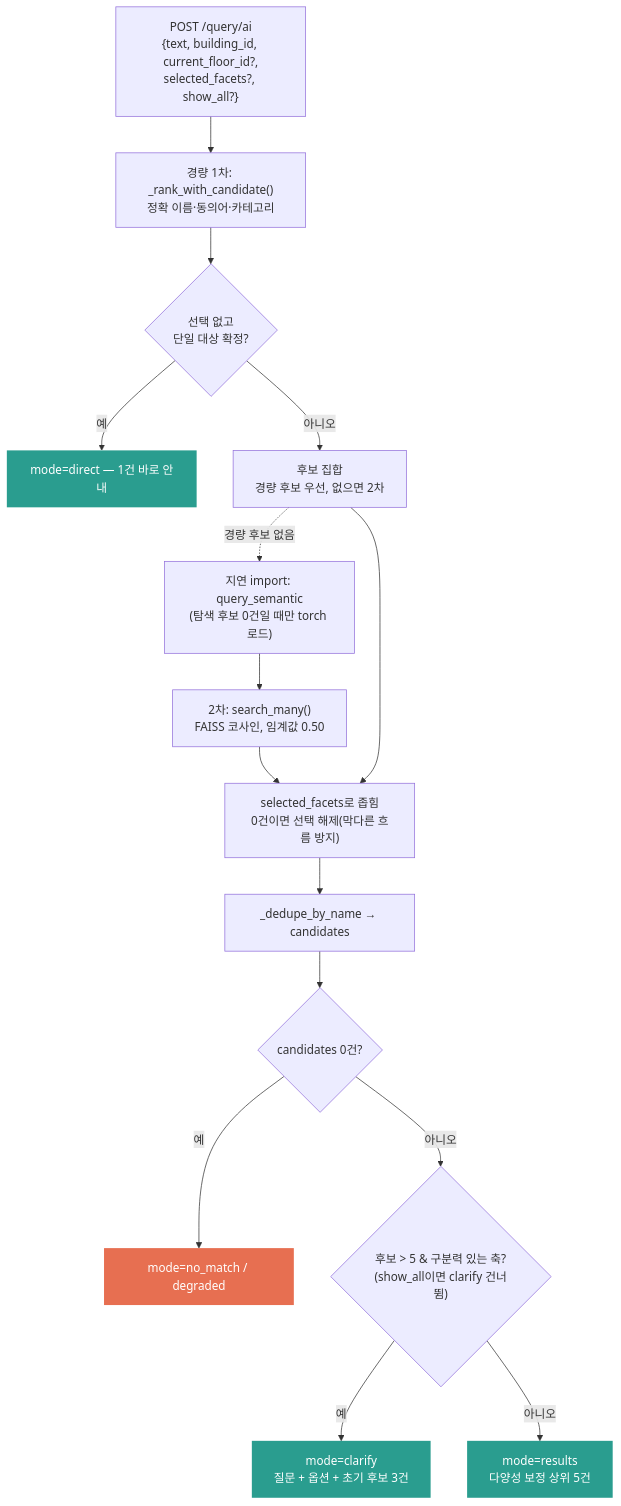
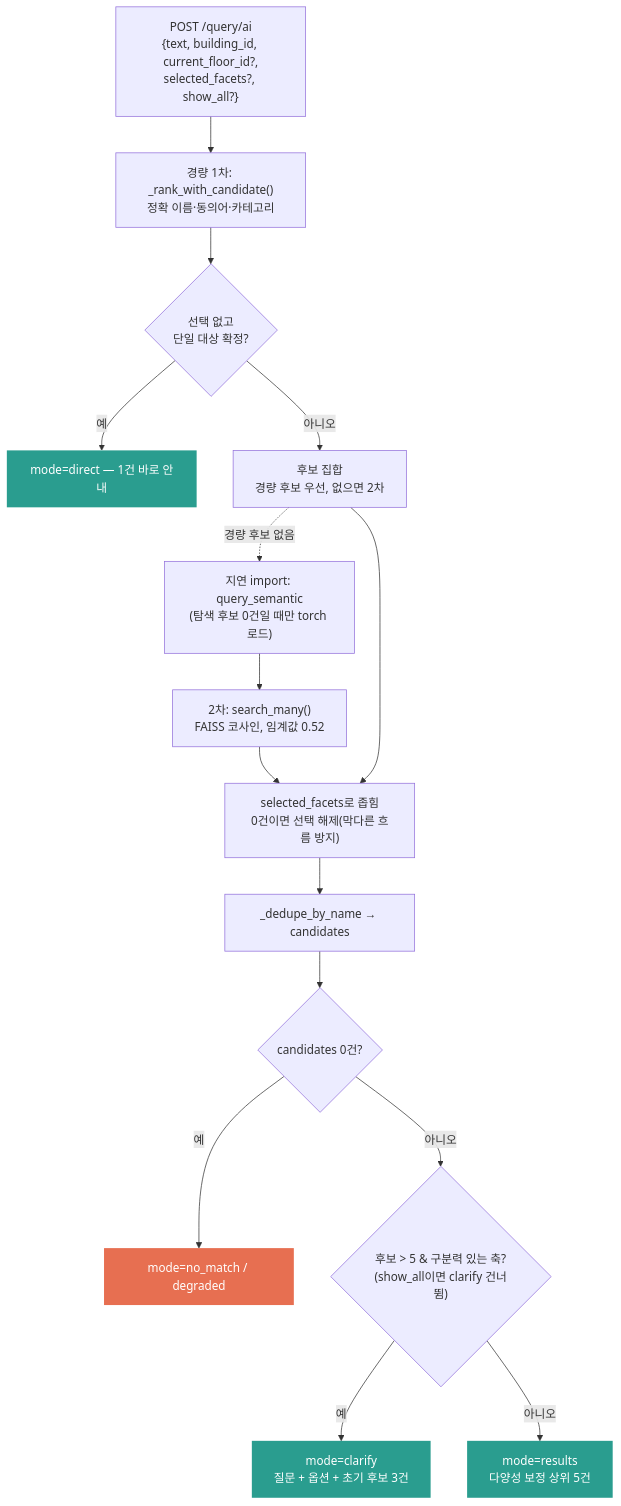
Before and after one commit to Routex-labs/Navigation: the seventh of 7 diagrams in docs/backend/fastapi-request-flow.md, drawn with Mermaid. The commit also changed other lines of this file and 9 other files, not shown here.

````diff
--- a/docs/backend/fastapi-request-flow.md
+++ b/docs/backend/fastapi-request-flow.md
@@ -242,32 +242,32 @@
 ```mermaid
 flowchart TD
     req["POST /query/ai<br/>{text, building_id, current_floor_id?,<br/>selected_facets?, show_all?}"]
     light["경량 1차: _rank_with_candidate()<br/>정확 이름·동의어·카테고리"]
     conf{"선택 없고<br/>단일 대상 확정?"}
     direct["mode=direct — 1건 바로 안내"]
     pool["후보 집합<br/>경량 후보 우선, 없으면 2차"]
     imp["지연 import: query_semantic<br/>(탐색 후보 0건일 때만 torch 로드)"]
-    sem["2차: search_many()<br/>FAISS 코사인, 임계값 0.50"]
+    sem["2차: search_many()<br/>FAISS 코사인, 임계값 0.52"]
     narrow["selected_facets로 좁힘<br/>0건이면 선택 해제(막다른 흐름 방지)"]
     dedupe["_dedupe_by_name → candidates"]
     empty{"candidates 0건?"}
     none["mode=no_match / degraded"]
     branch{"후보 > 5 & 구분력 있는 축?<br/>(show_all이면 clarify 건너뜀)"}
     clarify["mode=clarify<br/>질문 + 옵션 + 초기 후보 3건"]
     results["mode=results<br/>다양성 보정 상위 5건"]
 
     req --> light --> conf
     conf -->|"예"| direct
     conf -->|"아니오"| pool
     pool -. "경량 후보 없음" .-> imp --> sem --> narrow
     pool --> narrow --> dedupe --> empty
     empty -->|"예"| none
     empty -->|"아니오"| branch
     branch -->|"예"| clarify
     branch -->|"아니오"| results
 
     classDef good fill:#2a9d8f,color:#fff,stroke:none
     classDef bad fill:#e76f51,color:#fff,stroke:none
     class direct,clarify,results good
     class none bad
 ```
````
